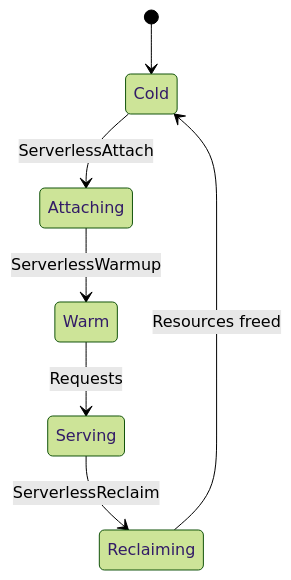
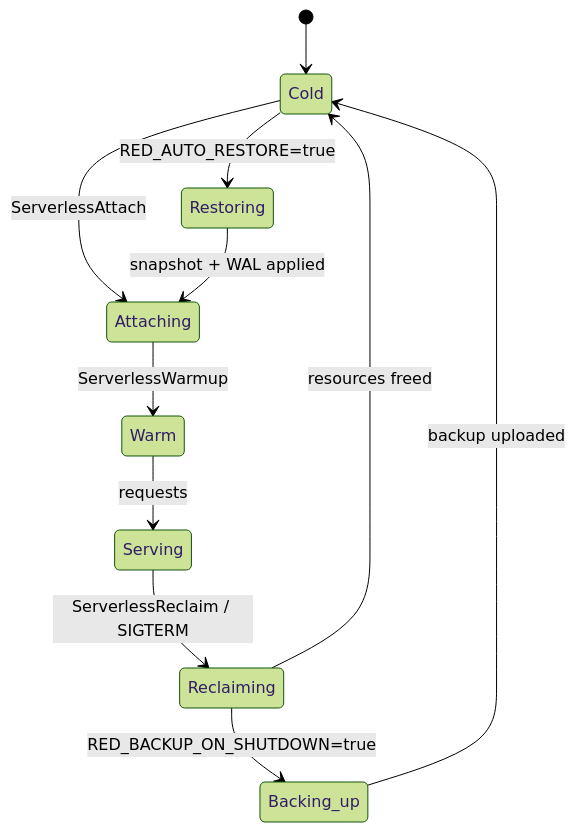
The diagram in docs/deployment/serverless.md (reddb-io/reddb), drawn with Mermaid (forest theme) before and after one commit. The commit also changed other lines of this file and 11 other files, not shown here.

First line of the commit message:
docs: refresh for RedWire v2, auth, replication, serverless (72h sync)

````diff
--- a/docs/deployment/serverless.md
+++ b/docs/deployment/serverless.md
@@ -7,9 +12,13 @@
 ```mermaid
 stateDiagram-v2
     [*] --> Cold
+    Cold --> Restoring: RED_AUTO_RESTORE=true
     Cold --> Attaching: ServerlessAttach
+    Restoring --> Attaching: snapshot + WAL applied
     Attaching --> Warm: ServerlessWarmup
-    Warm --> Serving: Requests
-    Serving --> Reclaiming: ServerlessReclaim
-    Reclaiming --> Cold: Resources freed
+    Warm --> Serving: requests
+    Serving --> Reclaiming: ServerlessReclaim / SIGTERM
+    Reclaiming --> Backing_up: RED_BACKUP_ON_SHUTDOWN=true
+    Reclaiming --> Cold: resources freed
+    Backing_up --> Cold: backup uploaded
 ```
````
